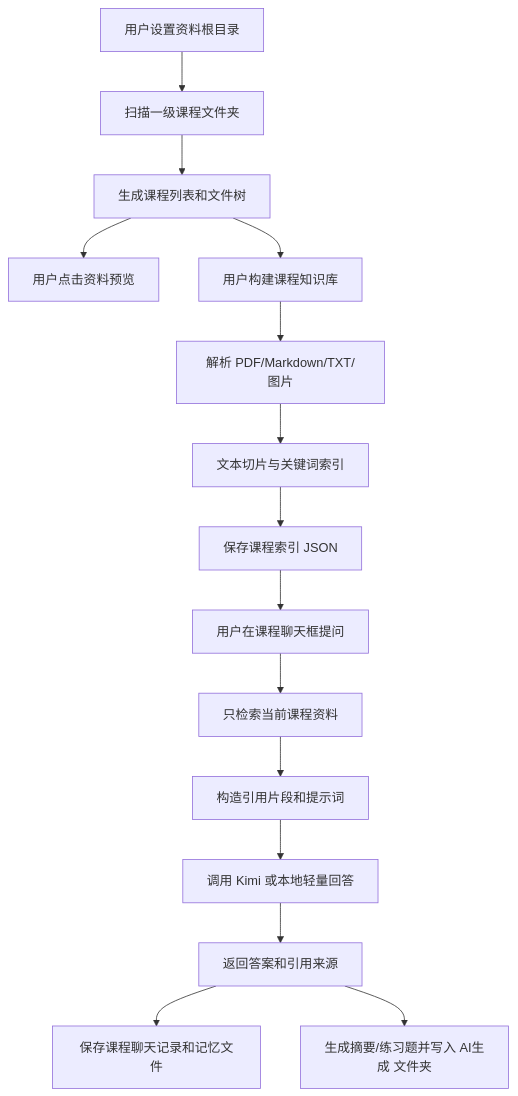
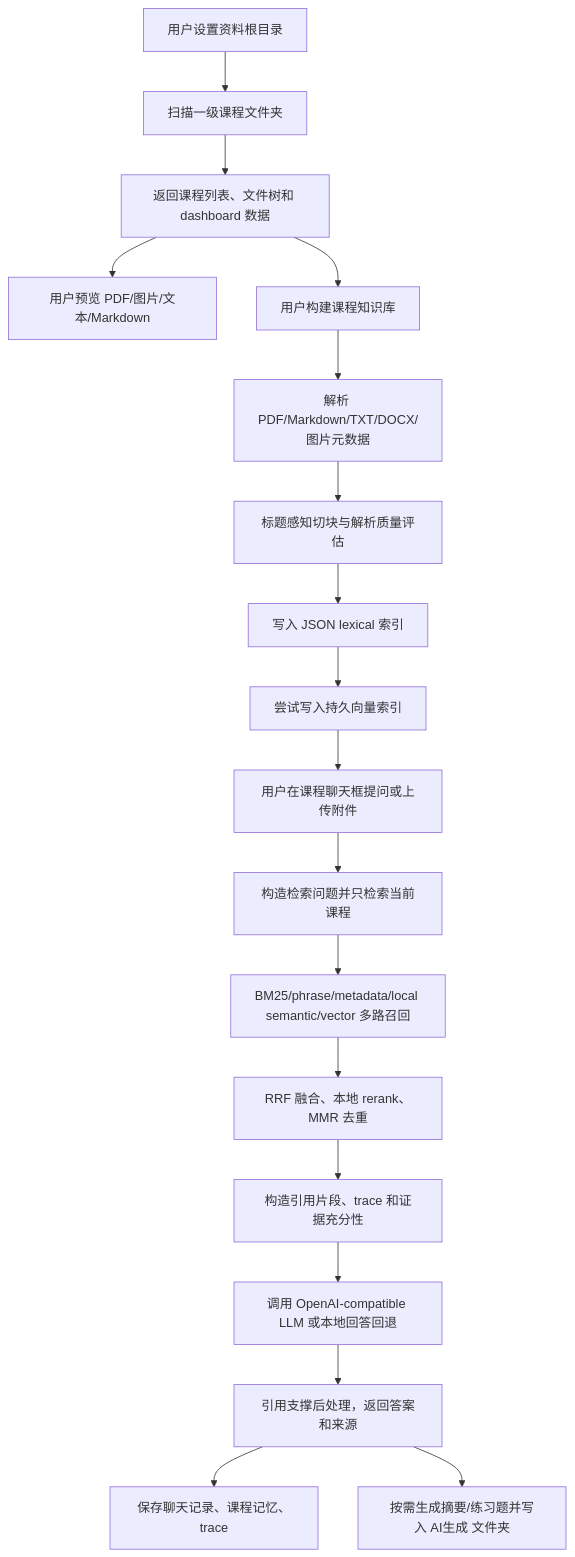
The second of 9 diagrams in docs/系统设计.md (LuMH1027/ai-learn-assistant), drawn with Mermaid before and after one commit. The commit also changed other lines of this file and 26 other files, not shown here.

````diff
--- a/docs/系统设计.md
+++ b/docs/系统设计.md
@@ -40,17 +48,20 @@
 ```mermaid
 flowchart TD
     A["用户设置资料根目录"] --> B["扫描一级课程文件夹"]
-    B --> C["生成课程列表和文件树"]
-    C --> D["用户点击资料预览"]
+    B --> C["返回课程列表、文件树和 dashboard 数据"]
+    C --> D["用户预览 PDF/图片/文本/Markdown"]
     C --> E["用户构建课程知识库"]
-    E --> F["解析 PDF/Markdown/TXT/图片"]
-    F --> G["文本切片与关键词索引"]
-    G --> H["保存课程索引 JSON"]
-    H --> I["用户在课程聊天框提问"]
-    I --> J["只检索当前课程资料"]
-    J --> K["构造引用片段和提示词"]
-    K --> L["调用 Kimi 或本地轻量回答"]
-    L --> M["返回答案和引用来源"]
-    M --> N["保存课程聊天记录和记忆文件"]
-    M --> O["生成摘要/练习题并写入 AI生成 文件夹"]
+    E --> F["解析 PDF/Markdown/TXT/DOCX/图片元数据"]
+    F --> G["标题感知切块与解析质量评估"]
+    G --> H["写入 JSON lexical 索引"]
+    H --> I["尝试写入持久向量索引"]
+    I --> J["用户在课程聊天框提问或上传附件"]
+    J --> K["构造检索问题并只检索当前课程"]
+    K --> L["BM25/phrase/metadata/local semantic/vector 多路召回"]
+    L --> M["RRF 融合、本地 rerank、MMR 去重"]
+    M --> N["构造引用片段、trace 和证据充分性"]
+    N --> O["调用 OpenAI-compatible LLM 或本地回答回退"]
+    O --> P["引用支撑后处理，返回答案和来源"]
+    P --> Q["保存聊天记录、课程记忆、trace"]
+    P --> R["按需生成摘要/练习题并写入 AI生成 文件夹"]
 ```
````
